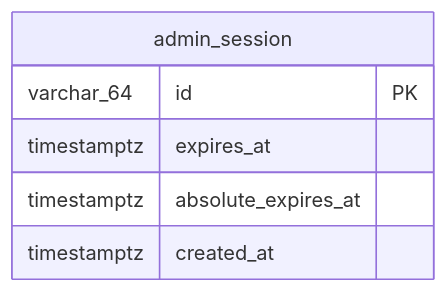
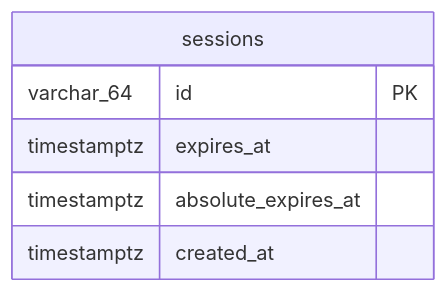
One commit to mrstsgk/book-management-system changed the third of 3 diagrams in docs/db/backend-schema.md. Above: the diagram before and after it, drawn with Mermaid. The commit also changed other lines of this file and 22 other files, not shown here.

````diff
--- a/docs/db/backend-schema.md
+++ b/docs/db/backend-schema.md
@@ -51,9 +51,9 @@
 ```mermaid
 erDiagram
-    admin_session {
+    sessions {
         varchar_64 id PK
         timestamptz expires_at
         timestamptz absolute_expires_at
         timestamptz created_at
     }
 ```
````
